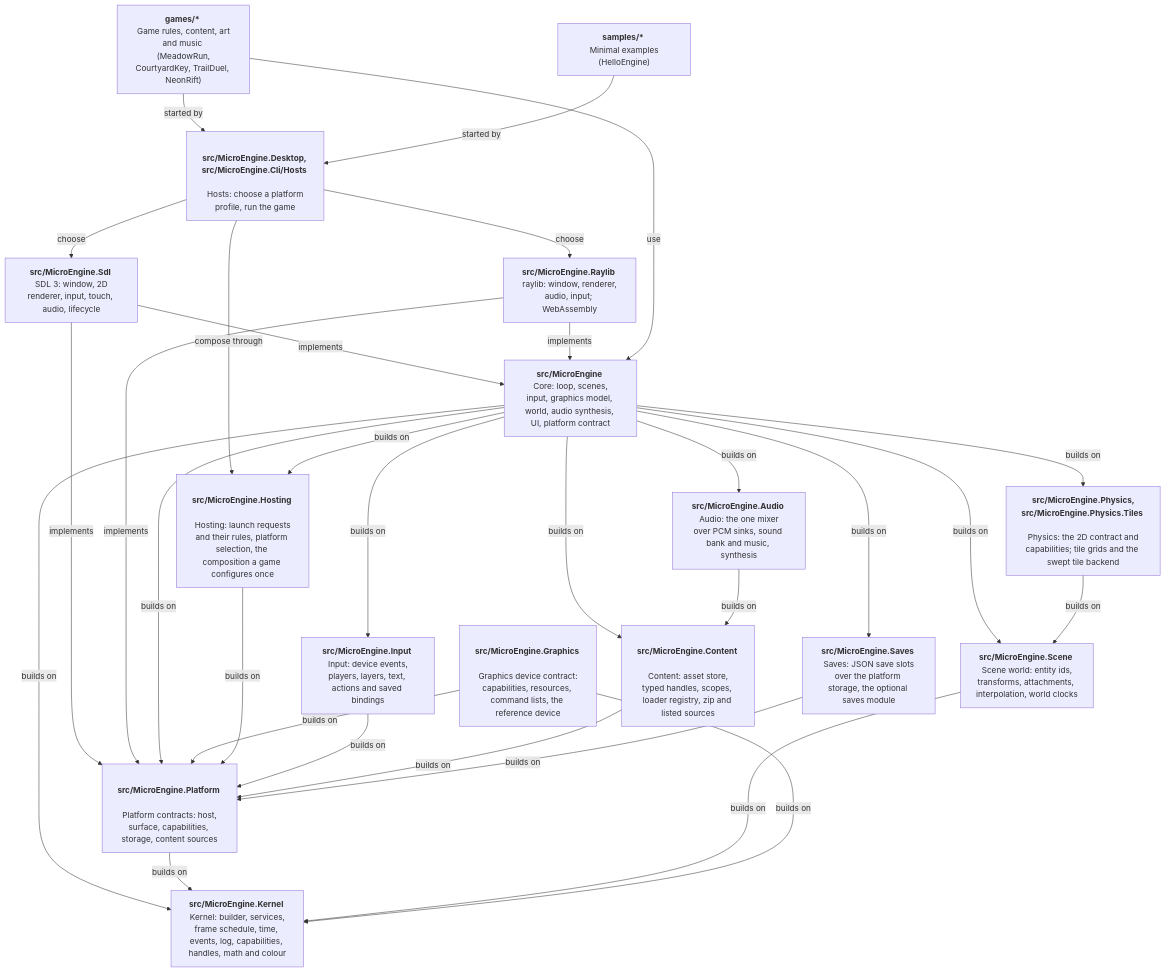
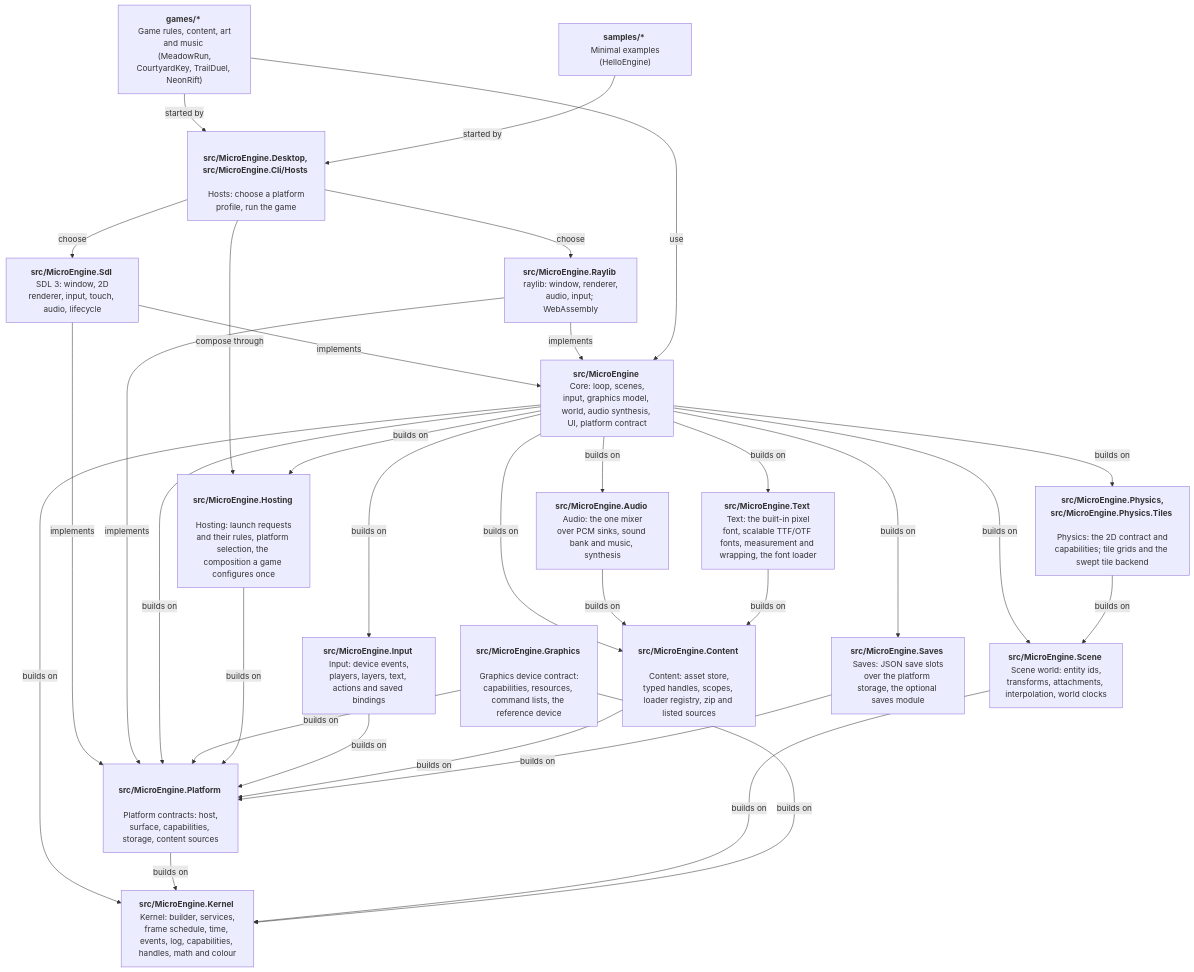
One commit to NastMz/MicroEngine changed the diagram in docs/architecture.md. Above: the diagram before and after it, drawn with Mermaid. The commit also changed other lines of this file and 15 other files, not shown here.

Commit message:
docs(text): the text assembly in the architecture, migrations, notices and the API reference

````diff
--- a/docs/architecture.md
+++ b/docs/architecture.md
@@ -11,50 +11,53 @@
 ```mermaid
 flowchart TB
   accTitle: Layers
   accDescr: Games and samples start through the hosts, which compose them through hosting and offer the SDL and raylib backends; both implement the platform contract, which builds on the kernel.
   games["<b> games/* </b> <br/> Game rules, content, art and music <br/> (MeadowRun, CourtyardKey, TrailDuel, NeonRift)"]
   samples["<b> samples/* </b> <br/> Minimal examples (HelloEngine)"]
   hosts["<b> src/MicroEngine.Desktop, src/MicroEngine.Cli/Hosts </b> <br/> Hosts: choose a platform profile, run the game"]
   sdl["<b> src/MicroEngine.Sdl </b> <br/> SDL 3: window, 2D renderer, input, touch, audio, lifecycle"]
   raylib["<b> src/MicroEngine.Raylib </b> <br/> raylib: window, renderer, audio, input; WebAssembly"]
   core["<b> src/MicroEngine </b> <br/> Core: loop, scenes, input, graphics model, world, audio synthesis, UI, platform contract"]
   platform["<b> src/MicroEngine.Platform </b> <br/> Platform contracts: host, surface, capabilities, storage, content sources"]
   graphics["<b> src/MicroEngine.Graphics </b> <br/> Graphics device contract: capabilities, resources, command lists, the reference device"]
   input["<b> src/MicroEngine.Input </b> <br/> Input: device events, players, layers, text, actions and saved bindings"]
   hosting["<b> src/MicroEngine.Hosting </b> <br/> Hosting: launch requests and their rules, platform selection, the composition a game configures once"]
   content["<b> src/MicroEngine.Content </b> <br/> Content: asset store, typed handles, scopes, loader registry, zip and listed sources"]
   audio["<b> src/MicroEngine.Audio </b> <br/> Audio: the one mixer over PCM sinks, sound bank and music, synthesis"]
   scene["<b> src/MicroEngine.Scene </b> <br/> Scene world: entity ids, transforms, attachments, interpolation, world clocks"]
   physics["<b> src/MicroEngine.Physics, src/MicroEngine.Physics.Tiles </b> <br/> Physics: the 2D contract and capabilities; tile grids and the swept tile backend"]
   saves["<b> src/MicroEngine.Saves </b> <br/> Saves: JSON save slots over the platform storage, the optional saves module"]
+  text["<b> src/MicroEngine.Text </b> <br/> Text: the built-in pixel font, scalable TTF/OTF fonts, measurement and wrapping, the font loader"]
   kernel["<b> src/MicroEngine.Kernel </b> <br/> Kernel: builder, services, frame schedule, time, events, log, capabilities, handles, math and colour"]
   games -- started by --> hosts
   samples -- started by --> hosts
   hosts -- choose --> sdl
   hosts -- choose --> raylib
   hosts -- compose through --> hosting
   sdl -- implements --> core
   raylib -- implements --> core
   sdl -- implements --> platform
   raylib -- implements --> platform
   games -- use --> core
   core -- builds on --> platform
   core -- builds on --> kernel
   platform -- builds on --> kernel
   core -- builds on --> scene
   scene -- builds on --> kernel
   core -- builds on --> physics
   physics -- builds on --> scene
   graphics -- builds on --> platform
   graphics -- builds on --> kernel
   core -- builds on --> hosting
   hosting -- builds on --> platform
   core -- builds on --> input
   input -- builds on --> platform
   core -- builds on --> content
   content -- builds on --> platform
   core -- builds on --> audio
   audio -- builds on --> content
   core -- builds on --> saves
   saves -- builds on --> platform
+  core -- builds on --> text
+  text -- builds on --> content
 ```
````
